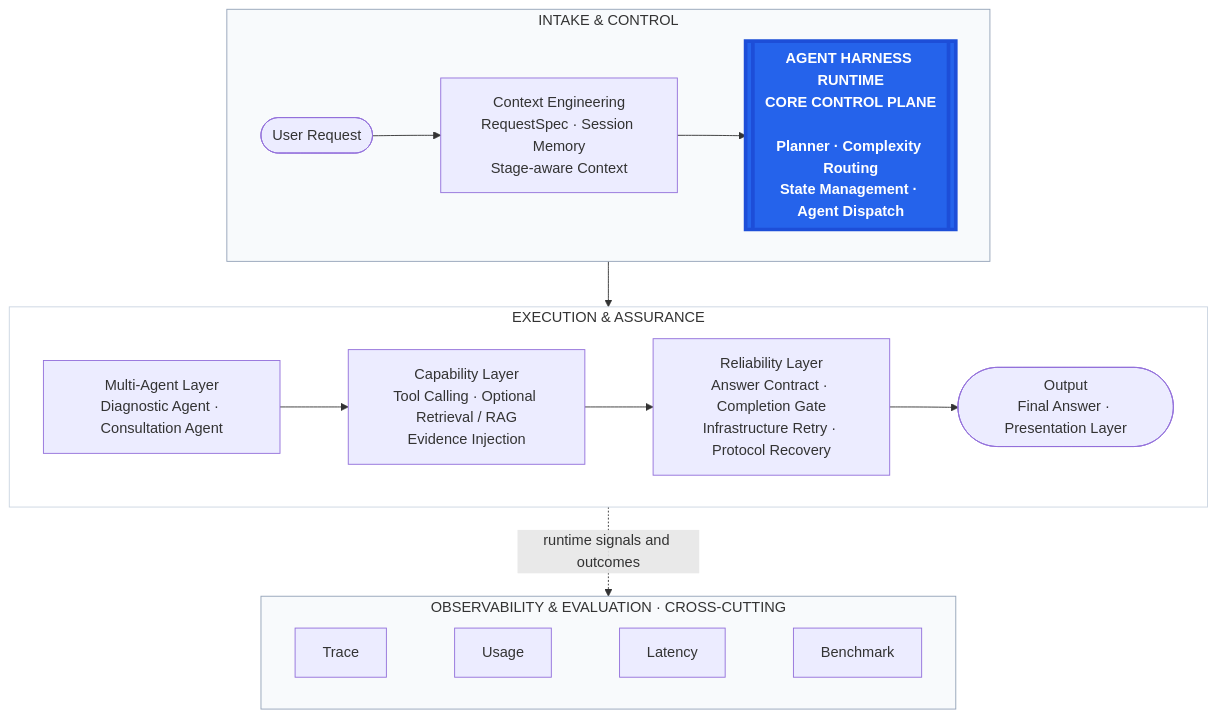
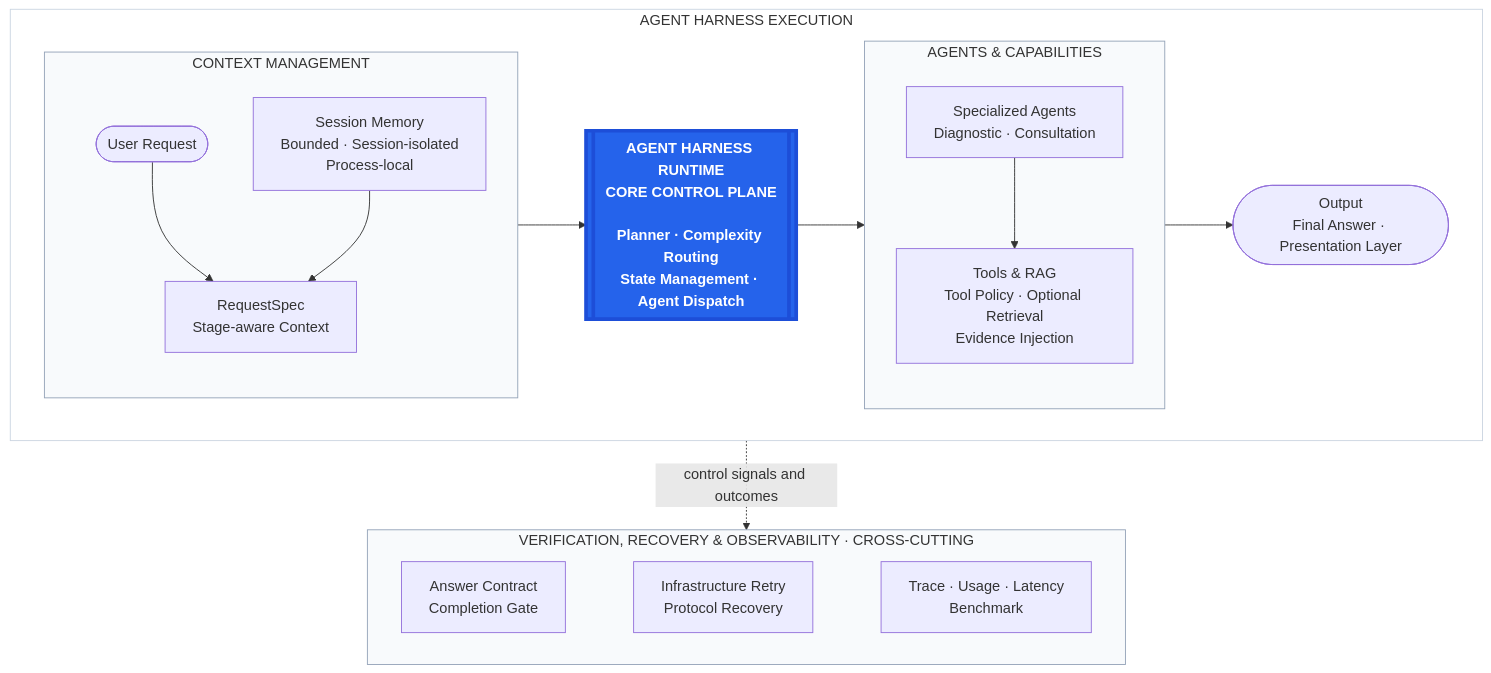
One commit to young-svg/medagent-harness changed the diagram in docs/ARCHITECTURE.md. Above: the diagram before and after it, drawn with Mermaid. The commit also changed other lines of this file and 10 other files, not shown here.

Commit message:
Clarify session memory and agent architecture

````diff
--- a/docs/ARCHITECTURE.md
+++ b/docs/ARCHITECTURE.md
@@ -9,36 +9,44 @@
 ```mermaid
 flowchart TB
-    subgraph CONTROL["INTAKE & CONTROL"]
+    subgraph PIPELINE["AGENT HARNESS EXECUTION"]
         direction LR
-        REQUEST(["User Request"])
-        CONTEXT["Context Engineering<br/>RequestSpec · Session Memory<br/>Stage-aware Context"]
+
+        subgraph CONTEXT_LAYER["CONTEXT MANAGEMENT"]
+            direction TB
+            REQUEST(["User Request"])
+            CONTEXT["RequestSpec<br/>Stage-aware Context"]
+            MEMORY["Session Memory<br/>Bounded · Session-isolated<br/>Process-local"]
+
+            REQUEST --> CONTEXT
+            MEMORY --> CONTEXT
+        end
+
         HARNESS[["AGENT HARNESS RUNTIME<br/>CORE CONTROL PLANE<br/><br/>Planner · Complexity Routing<br/>State Management · Agent Dispatch"]]
 
-        REQUEST --> CONTEXT --> HARNESS
+        subgraph EXECUTION_LAYER["AGENTS & CAPABILITIES"]
+            direction TB
+            AGENTS["Specialized Agents<br/>Diagnostic · Consultation"]
+            CAPABILITIES["Tools & RAG<br/>Tool Policy · Optional Retrieval<br/>Evidence Injection"]
+
+            AGENTS --> CAPABILITIES
+        end
+
+        OUTPUT(["Output<br/>Final Answer · Presentation Layer"])
+
+        CONTEXT_LAYER --> HARNESS --> EXECUTION_LAYER --> OUTPUT
     end
 
-    subgraph EXECUTION["EXECUTION & ASSURANCE"]
+    subgraph ASSURANCE["VERIFICATION, RECOVERY & OBSERVABILITY · CROSS-CUTTING"]
         direction LR
-        AGENTS["Multi-Agent Layer<br/>Diagnostic Agent · Consultation Agent"]
-        CAPABILITIES["Capability Layer<br/>Tool Calling · Optional Retrieval / RAG<br/>Evidence Injection"]
-        RELIABILITY["Reliability Layer<br/>Answer Contract · Completion Gate<br/>Infrastructure Retry · Protocol Recovery"]
-        OUTPUT(["Output<br/>Final Answer · Presentation Layer"])
-
-        AGENTS --> CAPABILITIES --> RELIABILITY --> OUTPUT
+        VERIFY["Answer Contract<br/>Completion Gate"] ~~~ RECOVERY["Infrastructure Retry<br/>Protocol Recovery"] ~~~ OBS["Trace · Usage · Latency<br/>Benchmark"]
     end
 
-    CONTROL --> EXECUTION
-
-    subgraph OBS["OBSERVABILITY & EVALUATION · CROSS-CUTTING"]
-        direction LR
-        TRACE["Trace"] ~~~ USAGE["Usage"] ~~~ LATENCY["Latency"] ~~~ BENCHMARK["Benchmark"]
-    end
-
-    EXECUTION -.->|runtime signals and outcomes| OBS
+    PIPELINE -.->|control signals and outcomes| ASSURANCE
 
     classDef core fill:#2563eb,stroke:#1d4ed8,stroke-width:4px,color:#ffffff,font-weight:700
     class HARNESS core
-    style CONTROL fill:#f8fafc,stroke:#94a3b8,stroke-width:1px
-    style EXECUTION fill:#ffffff,stroke:#cbd5e1,stroke-width:1px
-    style OBS fill:#f8fafc,stroke:#94a3b8,stroke-width:1px
+    style PIPELINE fill:#ffffff,stroke:#cbd5e1,stroke-width:1px
+    style CONTEXT_LAYER fill:#f8fafc,stroke:#94a3b8,stroke-width:1px
+    style EXECUTION_LAYER fill:#f8fafc,stroke:#94a3b8,stroke-width:1px
+    style ASSURANCE fill:#f8fafc,stroke:#94a3b8,stroke-width:1px
 ```
````
